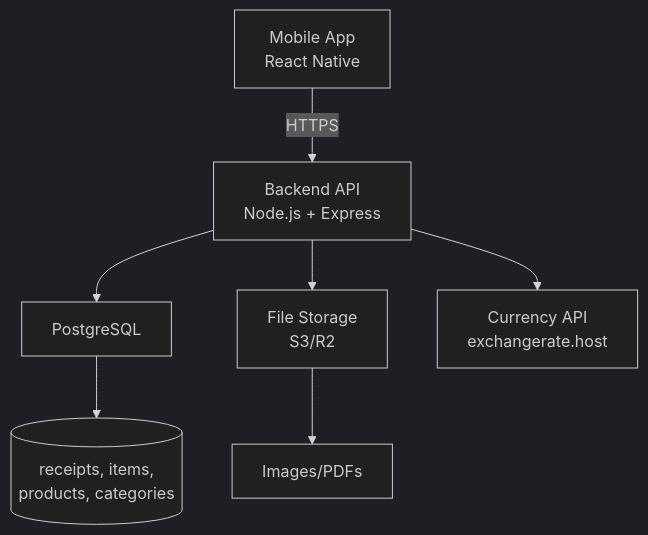
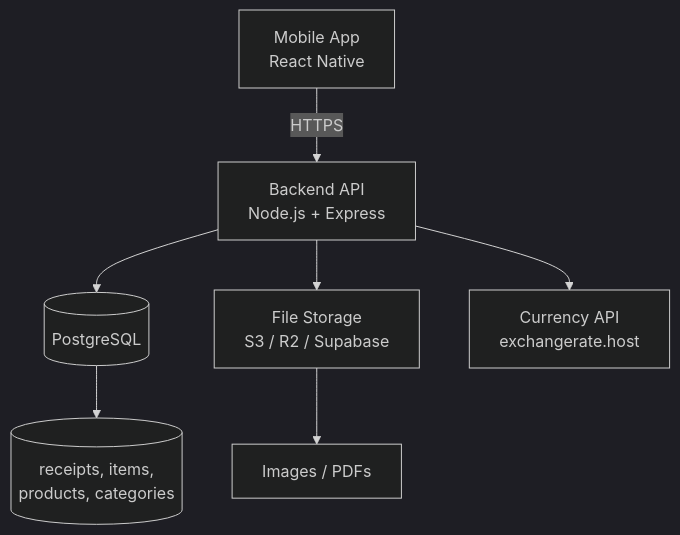
One commit to tqtxdhasi/finances-intelligence-app changed the diagram in 01-architecture.md. Above: the diagram before and after it, drawn with Mermaid (dark theme). The commit also changed other lines of this file, not shown here.

First line of the commit message:
Refine system architecture documentation

````diff
--- a/01-architecture.md
+++ b/01-architecture.md
@@ -9,9 +9,9 @@
 ```mermaid
 graph TD
     A[Mobile App<br/>React Native] -->|HTTPS| B[Backend API<br/>Node.js + Express]
-    B --> C[PostgreSQL]
-    B --> D[File Storage<br/>S3/R2]
+    B --> C[(PostgreSQL)]
+    B --> D[File Storage<br/>S3 / R2 / Supabase]
     B --> E[Currency API<br/>exchangerate.host]
     C --> F[(receipts, items,<br/>products, categories)]
-    D --> G[Images/PDFs]
+    D --> G[Images / PDFs]
 ```
````
